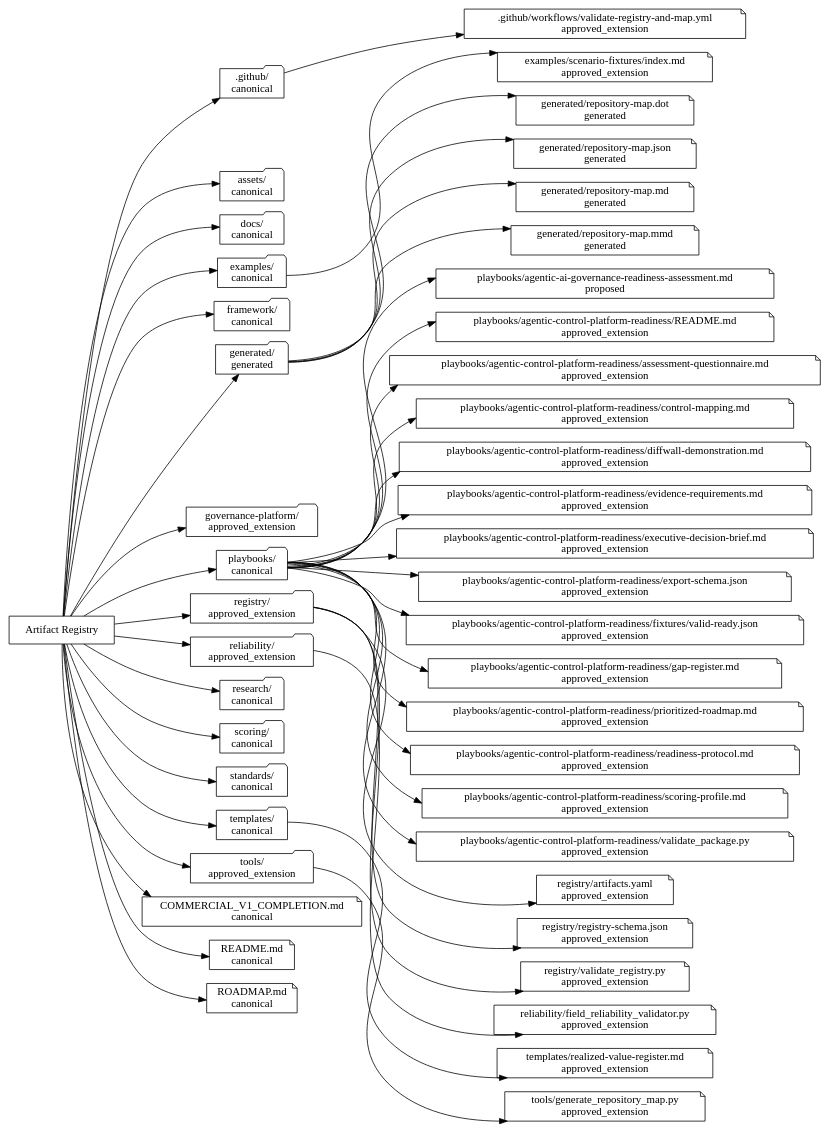
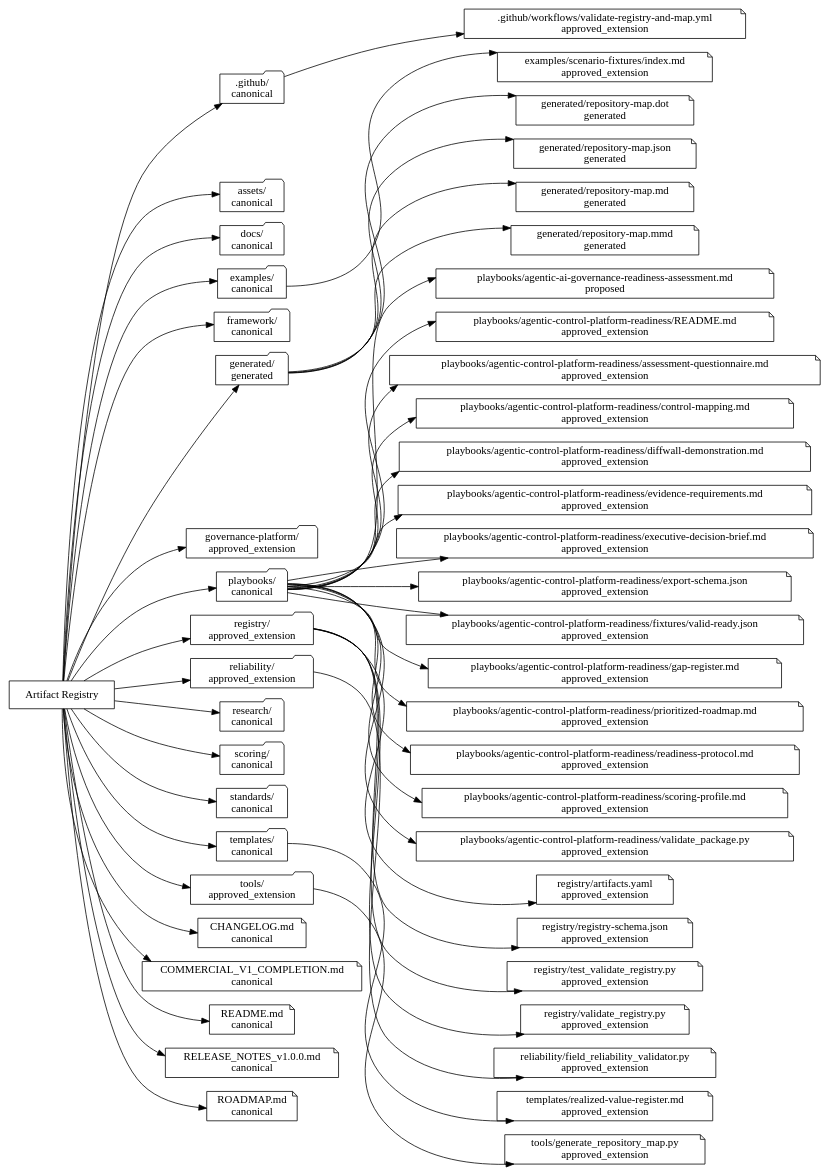
One commit to dburt-proex/operator-intelligence changed the diagram in generated/repository-map.dot. Above: the diagram before and after it, drawn with Graphviz. The commit also changed 9 other files, not shown here.

```diff
--- a/generated/repository-map.dot
+++ b/generated/repository-map.dot
@@ -1,92 +1,98 @@
 digraph OperatorIntelligence {
   rankdir="LR";
   registry [label="Artifact Registry", shape=box];
   root1 [label=".github/\ncanonical", shape=folder];
   registry -> root1;
   root2 [label="assets/\ncanonical", shape=folder];
   registry -> root2;
   root3 [label="docs/\ncanonical", shape=folder];
   registry -> root3;
   root4 [label="examples/\ncanonical", shape=folder];
   registry -> root4;
   root5 [label="framework/\ncanonical", shape=folder];
   registry -> root5;
   root6 [label="generated/\ngenerated", shape=folder];
   registry -> root6;
   root7 [label="governance-platform/\napproved_extension", shape=folder];
   registry -> root7;
   root8 [label="playbooks/\ncanonical", shape=folder];
   registry -> root8;
   root9 [label="registry/\napproved_extension", shape=folder];
   registry -> root9;
   root10 [label="reliability/\napproved_extension", shape=folder];
   registry -> root10;
   root11 [label="research/\ncanonical", shape=folder];
   registry -> root11;
   root12 [label="scoring/\ncanonical", shape=folder];
   registry -> root12;
   root13 [label="standards/\ncanonical", shape=folder];
   registry -> root13;
   root14 [label="templates/\ncanonical", shape=folder];
   registry -> root14;
   root15 [label="tools/\napproved_extension", shape=folder];
   registry -> root15;
   artifact1 [label=".github/workflows/validate-registry-and-map.yml\napproved_extension", shape=note];
   root1 -> artifact1;
-  artifact2 [label="COMMERCIAL_V1_COMPLETION.md\ncanonical", shape=note];
+  artifact2 [label="CHANGELOG.md\ncanonical", shape=note];
   registry -> artifact2;
-  artifact3 [label="README.md\ncanonical", shape=note];
+  artifact3 [label="COMMERCIAL_V1_COMPLETION.md\ncanonical", shape=note];
   registry -> artifact3;
-  artifact4 [label="ROADMAP.md\ncanonical", shape=note];
+  artifact4 [label="README.md\ncanonical", shape=note];
   registry -> artifact4;
-  artifact5 [label="examples/scenario-fixtures/index.md\napproved_extension", shape=note];
-  root4 -> artifact5;
-  artifact6 [label="generated/repository-map.dot\ngenerated", shape=note];
-  root6 -> artifact6;
-  artifact7 [label="generated/repository-map.json\ngenerated", shape=note];
-  root6 -> artifact7;
-  artifact8 [label="generated/repository-map.md\ngenerated", shape=note];
+  artifact5 [label="RELEASE_NOTES_v1.0.0.md\ncanonical", shape=note];
+  registry -> artifact5;
+  artifact6 [label="ROADMAP.md\ncanonical", shape=note];
+  registry -> artifact6;
+  artifact7 [label="examples/scenario-fixtures/index.md\napproved_extension", shape=note];
+  root4 -> artifact7;
+  artifact8 [label="generated/repository-map.dot\ngenerated", shape=note];
   root6 -> artifact8;
-  artifact9 [label="generated/repository-map.mmd\ngenerated", shape=note];
+  artifact9 [label="generated/repository-map.json\ngenerated", shape=note];
   root6 -> artifact9;
-  artifact10 [label="playbooks/agentic-ai-governance-readiness-assessment.md\nproposed", shape=note];
-  root8 -> artifact10;
-  artifact11 [label="playbooks/agentic-control-platform-readiness/README.md\napproved_extension", shape=note];
-  root8 -> artifact11;
-  artifact12 [label="playbooks/agentic-control-platform-readiness/assessment-questionnaire.md\napproved_extension", shape=note];
+  artifact10 [label="generated/repository-map.md\ngenerated", shape=note];
+  root6 -> artifact10;
+  artifact11 [label="generated/repository-map.mmd\ngenerated", shape=note];
+  root6 -> artifact11;
+  artifact12 [label="playbooks/agentic-ai-governance-readiness-assessment.md\nproposed", shape=note];
   root8 -> artifact12;
-  artifact13 [label="playbooks/agentic-control-platform-readiness/control-mapping.md\napproved_extension", shape=note];
+  artifact13 [label="playbooks/agentic-control-platform-readiness/README.md\napproved_extension", shape=note];
   root8 -> artifact13;
-  artifact14 [label="playbooks/agentic-control-platform-readiness/diffwall-demonstration.md\napproved_extension", shape=note];
+  artifact14 [label="playbooks/agentic-control-platform-readiness/assessment-questionnaire.md\napproved_extension", shape=note];
   root8 -> artifact14;
-  artifact15 [label="playbooks/agentic-control-platform-readiness/evidence-requirements.md\napproved_extension", shape=note];
+  artifact15 [label="playbooks/agentic-control-platform-readiness/control-mapping.md\napproved_extension", shape=note];
   root8 -> artifact15;
-  artifact16 [label="playbooks/agentic-control-platform-readiness/executive-decision-brief.md\napproved_extension", shape=note];
+  artifact16 [label="playbooks/agentic-control-platform-readiness/diffwall-demonstration.md\napproved_extension", shape=note];
   root8 -> artifact16;
-  artifact17 [label="playbooks/agentic-control-platform-readiness/export-schema.json\napproved_extension", shape=note];
+  artifact17 [label="playbooks/agentic-control-platform-readiness/evidence-requirements.md\napproved_extension", shape=note];
   root8 -> artifact17;
-  artifact18 [label="playbooks/agentic-control-platform-readiness/fixtures/valid-ready.json\napproved_extension", shape=note];
+  artifact18 [label="playbooks/agentic-control-platform-readiness/executive-decision-brief.md\napproved_extension", shape=note];
   root8 -> artifact18;
-  artifact19 [label="playbooks/agentic-control-platform-readiness/gap-register.md\napproved_extension", shape=note];
+  artifact19 [label="playbooks/agentic-control-platform-readiness/export-schema.json\napproved_extension", shape=note];
   root8 -> artifact19;
-  artifact20 [label="playbooks/agentic-control-platform-readiness/prioritized-roadmap.md\napproved_extension", shape=note];
+  artifact20 [label="playbooks/agentic-control-platform-readiness/fixtures/valid-ready.json\napproved_extension", shape=note];
   root8 -> artifact20;
-  artifact21 [label="playbooks/agentic-control-platform-readiness/readiness-protocol.md\napproved_extension", shape=note];
+  artifact21 [label="playbooks/agentic-control-platform-readiness/gap-register.md\napproved_extension", shape=note];
   root8 -> artifact21;
-  artifact22 [label="playbooks/agentic-control-platform-readiness/scoring-profile.md\napproved_extension", shape=note];
+  artifact22 [label="playbooks/agentic-control-platform-readiness/prioritized-roadmap.md\napproved_extension", shape=note];
   root8 -> artifact22;
-  artifact23 [label="playbooks/agentic-control-platform-readiness/validate_package.py\napproved_extension", shape=note];
+  artifact23 [label="playbooks/agentic-control-platform-readiness/readiness-protocol.md\napproved_extension", shape=note];
   root8 -> artifact23;
-  artifact24 [label="registry/artifacts.yaml\napproved_extension", shape=note];
-  root9 -> artifact24;
-  artifact25 [label="registry/registry-schema.json\napproved_extension", shape=note];
-  root9 -> artifact25;
-  artifact26 [label="registry/validate_registry.py\napproved_extension", shape=note];
+  artifact24 [label="playbooks/agentic-control-platform-readiness/scoring-profile.md\napproved_extension", shape=note];
+  root8 -> artifact24;
+  artifact25 [label="playbooks/agentic-control-platform-readiness/validate_package.py\napproved_extension", shape=note];
+  root8 -> artifact25;
+  artifact26 [label="registry/artifacts.yaml\napproved_extension", shape=note];
   root9 -> artifact26;
-  artifact27 [label="reliability/field_reliability_validator.py\napproved_extension", shape=note];
-  root10 -> artifact27;
-  artifact28 [label="templates/realized-value-register.md\napproved_extension", shape=note];
-  root14 -> artifact28;
-  artifact29 [label="tools/generate_repository_map.py\napproved_extension", shape=note];
-  root15 -> artifact29;
+  artifact27 [label="registry/registry-schema.json\napproved_extension", shape=note];
+  root9 -> artifact27;
+  artifact28 [label="registry/test_validate_registry.py\napproved_extension", shape=note];
+  root9 -> artifact28;
+  artifact29 [label="registry/validate_registry.py\napproved_extension", shape=note];
+  root9 -> artifact29;
+  artifact30 [label="reliability/field_reliability_validator.py\napproved_extension", shape=note];
+  root10 -> artifact30;
+  artifact31 [label="templates/realized-value-register.md\napproved_extension", shape=note];
+  root14 -> artifact31;
+  artifact32 [label="tools/generate_repository_map.py\napproved_extension", shape=note];
+  root15 -> artifact32;
 }
```
